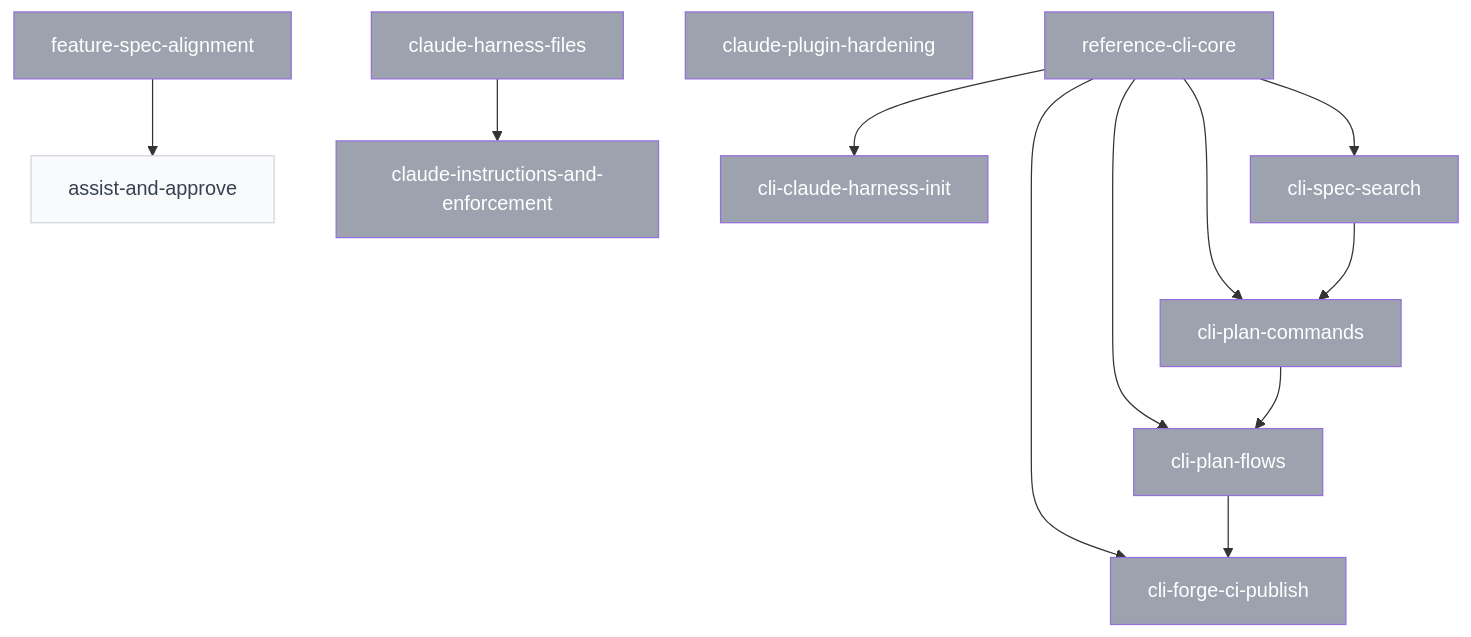
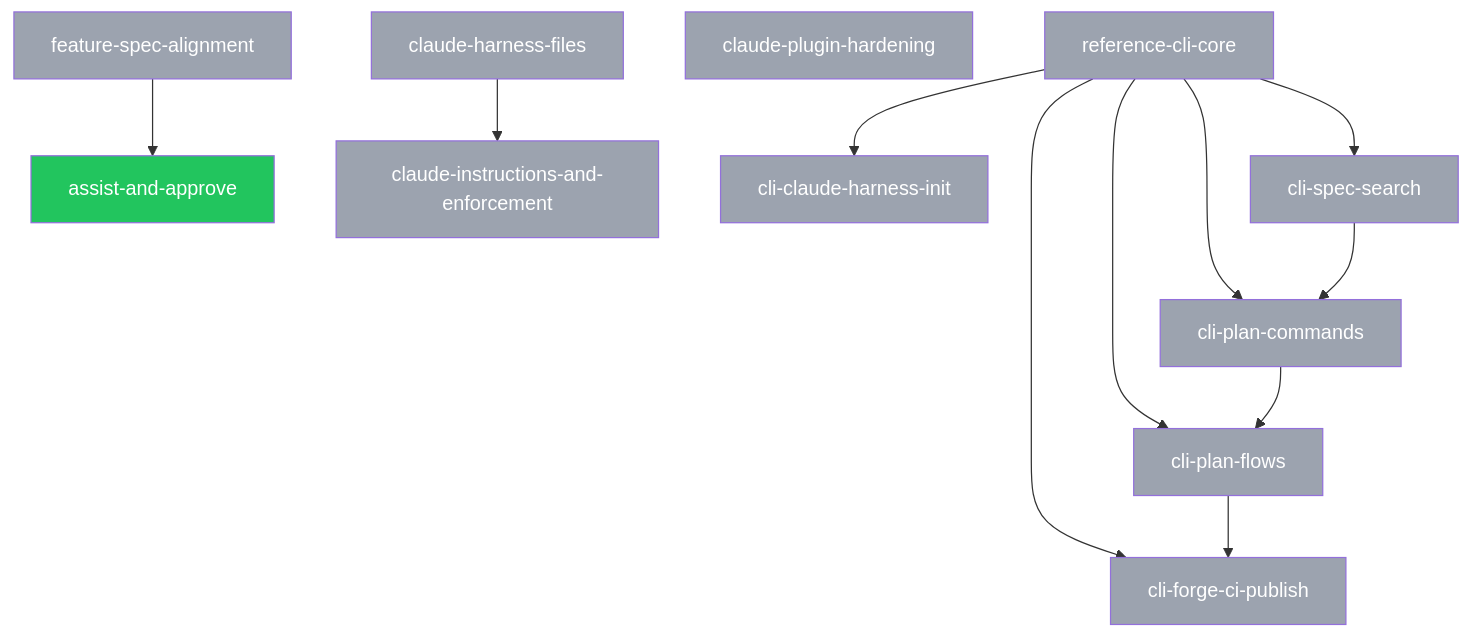
The diagram in plans/PLANS.md (SpiralSky/specplane), drawn with Mermaid before and after one commit. The commit also changed other lines of this file and 1 other file, not shown here.

Commit message:
docs(2026-10-29-assist-and-approve): approve plan
Specplane-Workflow: approve
Specplane-Agent: pi/deepseek-flash
Specplane-Session: 01a187c6-14f3-74ca-9a9a-1546969f0c85

````diff
--- a/plans/PLANS.md
+++ b/plans/PLANS.md
@@ -28,31 +28,31 @@
 ```mermaid
 graph TD
     p_2026_10_28_reference_cli_core[reference-cli-core]:::done
-    p_2026_10_29_assist_and_approve[assist-and-approve]:::draft
+    p_2026_10_29_assist_and_approve[assist-and-approve]:::ready
     p_2026_10_29_claude_harness_files[claude-harness-files]:::done
     p_2026_10_29_claude_instructions_and_enforcement[claude-instructions-and-enforcement]:::done
     p_2026_10_29_claude_plugin_hardening[claude-plugin-hardening]:::done
     p_2026_10_29_cli_claude_harness_init[cli-claude-harness-init]:::done
     p_2026_10_29_cli_forge_ci_publish[cli-forge-ci-publish]:::done
     p_2026_10_29_cli_plan_commands[cli-plan-commands]:::done
     p_2026_10_29_cli_plan_flows[cli-plan-flows]:::done
     p_2026_10_29_cli_spec_search[cli-spec-search]:::done
     p_2026_10_29_feature_spec_alignment[feature-spec-alignment]:::done
     p_2026_10_29_feature_spec_alignment --> p_2026_10_29_assist_and_approve
     p_2026_10_29_claude_harness_files --> p_2026_10_29_claude_instructions_and_enforcement
     p_2026_10_28_reference_cli_core --> p_2026_10_29_cli_claude_harness_init
     p_2026_10_28_reference_cli_core --> p_2026_10_29_cli_forge_ci_publish
     p_2026_10_29_cli_plan_flows --> p_2026_10_29_cli_forge_ci_publish
     p_2026_10_28_reference_cli_core --> p_2026_10_29_cli_plan_commands
     p_2026_10_29_cli_spec_search --> p_2026_10_29_cli_plan_commands
     p_2026_10_28_reference_cli_core --> p_2026_10_29_cli_plan_flows
     p_2026_10_29_cli_plan_commands --> p_2026_10_29_cli_plan_flows
     p_2026_10_28_reference_cli_core --> p_2026_10_29_cli_spec_search
     classDef draft fill:#f9fafb,color:#374151,stroke:#d1d5db
     classDef ready fill:#22c55e,color:#fff
     classDef blocked fill:#ef4444,color:#fff
     classDef in_progress fill:#3b82f6,color:#fff
     classDef review fill:#60a5fa,color:#fff
     classDef done fill:#9ca3af,color:#fff
     classDef abandoned fill:#9ca3af,color:#fff,text-decoration:line-through
 ```
````
